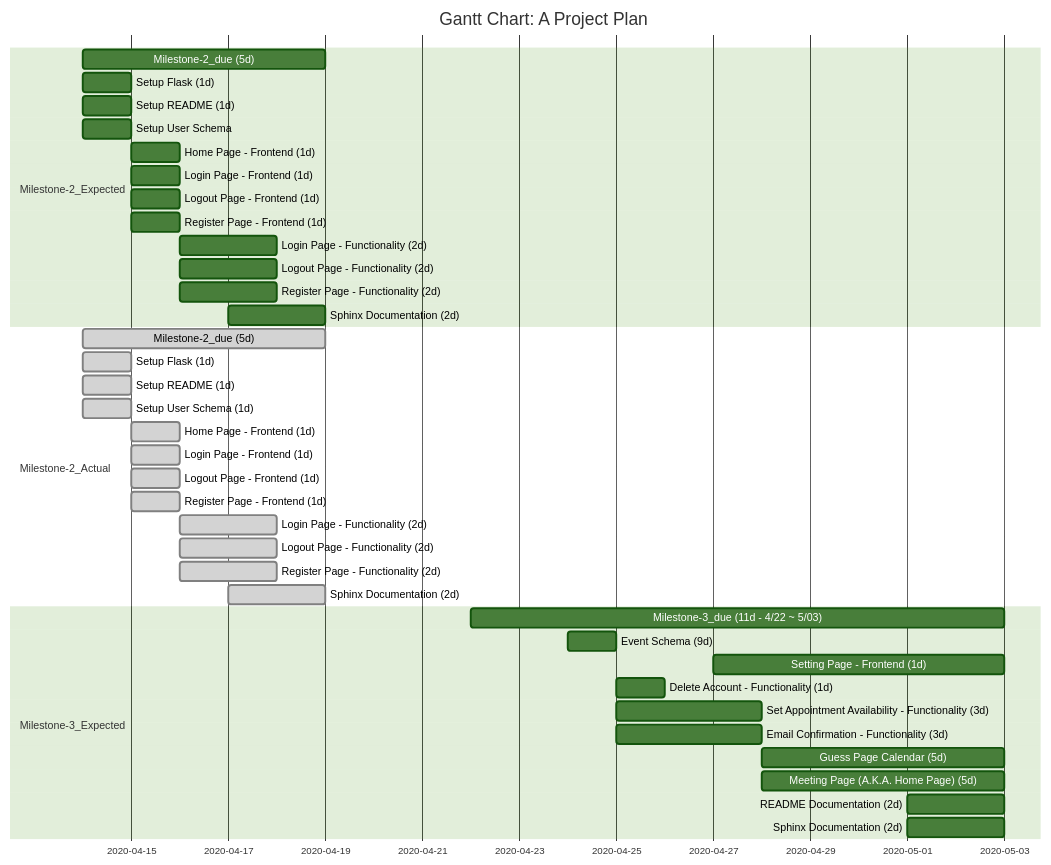
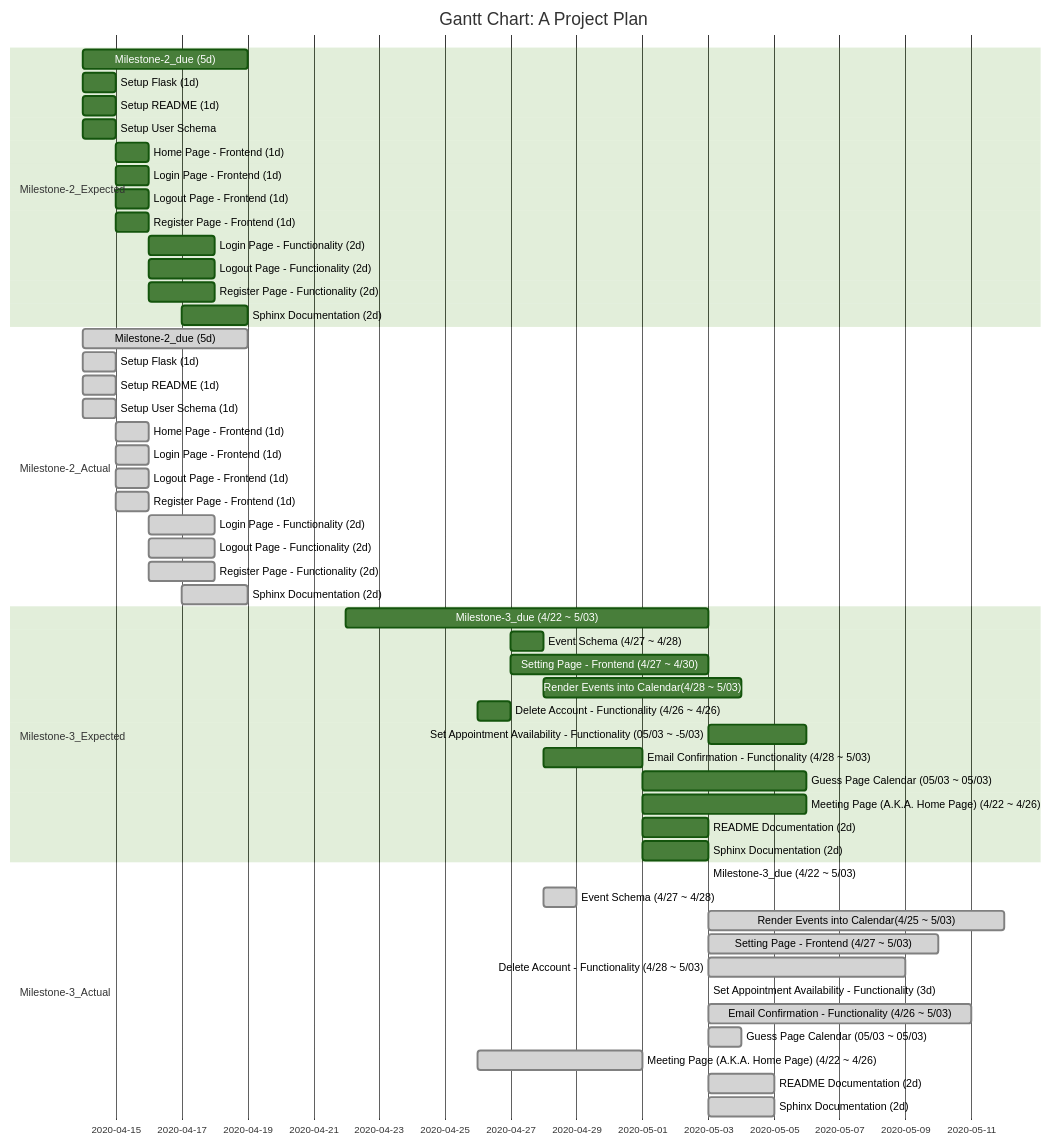
The diagram in docs/gantt-chart/gantt-chart.md (ThaiQ/CalendarApp_STAKr), drawn with Mermaid (forest theme) before and after one commit.

Commit message:
updated, ganttchart for milestone 3

````diff
--- a/docs/gantt-chart/gantt-chart.md
+++ b/docs/gantt-chart/gantt-chart.md
@@ -1,59 +1,78 @@
 ```mermaid
 gantt
     title Gantt Chart: A Project Plan
 
     dateFormat  YYYY-MM-DD
 
     section Milestone-2_Expected
     Milestone-2_due (5d)                : m1, 2020-04-14, 5d
     Setup Flask (1d)                    : setup, 2020-04-14, 1d
     Setup README (1d)                   : 2020-04-14, 1d
 
     Setup User Schema : 2020-04-14, 1d
     Home Page - Frontend (1d)           : home, after setup, 1d
     Login Page - Frontend (1d)          : log, after setup, 1d
     Logout Page - Frontend (1d)         : log, after setup, 1d
     Register Page - Frontend (1d)       : register, after setup, 1d
 
     Login Page - Functionality (2d)     : after log, 2d
     Logout Page - Functionality (2d)    : after log, 2d
     Register Page - Functionality (2d)  : after register, 2d
 
     Sphinx Documentation (2d)           : 2020-04-17, 2d
 
 
 
     section Milestone-2_Actual
     Milestone-2_due (5d)                : done, 2020-04-14, 5d
     Setup Flask (1d)                    : done, setup, 2020-04-14, 1d
     Setup README (1d)                   : done, 2020-04-14, 1d
 
     Setup User Schema (1d)              : done, 2020-04-14, 1d
     Home Page - Frontend (1d)           : done, home, after setup, 1d
     Login Page - Frontend (1d)          : done, log, after setup, 1d
     Logout Page - Frontend (1d)         : done, log, after setup, 1d
     Register Page - Frontend (1d)       : done, register, after setup, 1d
 
     Login Page - Functionality (2d)     : done, after log, 2d
     Logout Page - Functionality (2d)    : done, after log, 2d
     Register Page - Functionality (2d)  : done, after register, 2d
 
     Sphinx Documentation (2d)           : done, 2020-04-17, 2d
 
 
 
     section Milestone-3_Expected
-    Milestone-3_due (11d - 4/22 ~ 5/03)                     : 2020-04-22, 11d
-    Event Schema (9d)                                       : stage1, 2020-04-24, 1d
-    Setting Page - Frontend (1d)                            : 2020-04-27, 6d
+    Milestone-3_due (4/22 ~ 5/03)                                      : stage1, 2020-04-22, 11d
+    Event Schema (4/27 ~ 4/28)                                         : stage1, 2020-04-27, 1d
+    Setting Page - Frontend (4/27 ~ 4/30)                              : stage1, 2020-04-27, 6d
+    Render Events into Calendar(4/28 ~ 5/03)                           : stage1, 2020-04-28, 6d
 
-    Delete Account - Functionality (1d)                     : after stage1, 1d
-    Set Appointment Availability - Functionality (3d)       : stage2, after stage1, 3d
-    Email Confirmation - Functionality (3d)                 : after stage1, 3d
+    Delete Account - Functionality (4/26 ~ 4/26)                       : stage2, 2020-04-26, 1d
+    Set Appointment Availability - Functionality (05/03 ~ -5/03)       : stage2, 2020-05-03, 3d
+    Email Confirmation - Functionality (4/28 ~ 5/03)                   : stage2, 2020-04-28, 3d
 
-    Guess Page Calendar (5d)                                : after stage2, 5d
-    Meeting Page (A.K.A. Home Page) (5d)                    : after stage2, 5d
+    Guess Page Calendar (05/03 ~ 05/03)                                : after stage2, 5d
+    Meeting Page (A.K.A. Home Page) (4/22 ~ 4/26)                      : after stage2, 5d
 
-    README Documentation (2d)                               : 2020-05-01, 2d
-    Sphinx Documentation (2d)                               : 2020-05-01, 2d
+    README Documentation (2d)                                          : 2020-05-01, 2d
+    Sphinx Documentation (2d)                                          : 2020-05-01, 2d
+
+
+
+    section Milestone-3_Actual
+    Milestone-3_due (4/22 ~ 5/03)                                       : done, 2020-05-03
+    Event Schema (4/27 ~ 4/28)                                          : done, 2020-04-28, 1d
+    Render Events into Calendar(4/25 ~ 5/03)                            : done, 2020-05-03, 9d
+    Setting Page - Frontend (4/27 ~ 5/03)                               : done, 2020-05-03, 7d
+
+    Delete Account - Functionality (4/28 ~ 5/03)                        : done, 2020-05-03, 6d
+    Set Appointment Availability - Functionality (3d)                   : done, 2020-05-03, 
+    Email Confirmation - Functionality (4/26 ~ 5/03)                    : done, 2020-05-03, 8d
+
+    Guess Page Calendar (05/03 ~ 05/03)                                 : done, 2020-05-03, 1d
+    Meeting Page (A.K.A. Home Page) (4/22 ~ 4/26)                       : done, 2020-04-26, 5d
+
+    README Documentation (2d)                                           : done, 2020-05-03, 2d
+    Sphinx Documentation (2d)                                           : done, 2020-05-03, 2d
 ```
````
